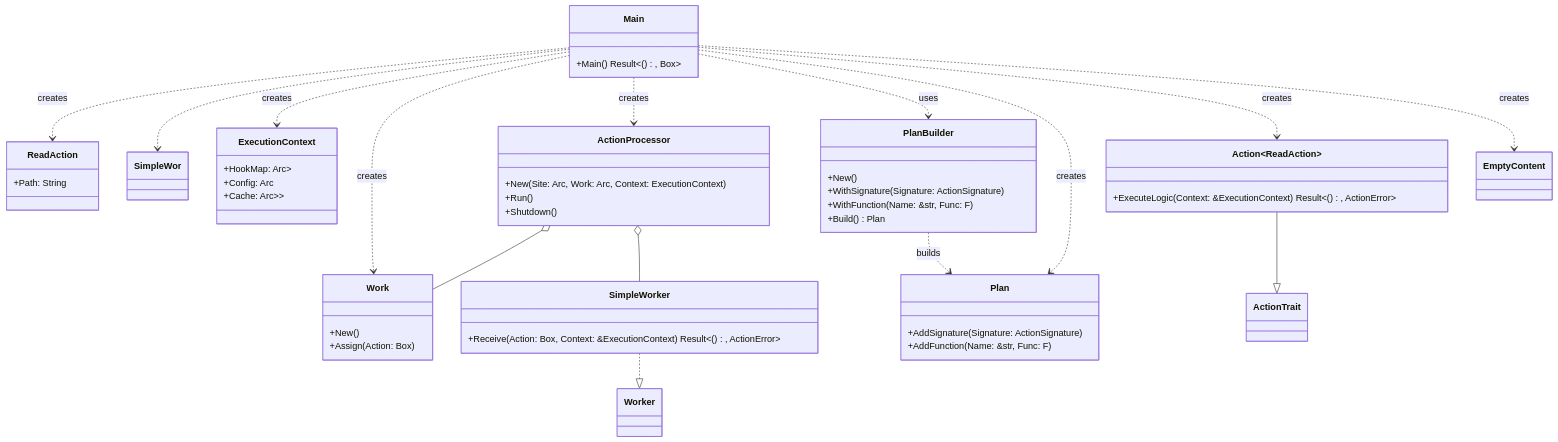
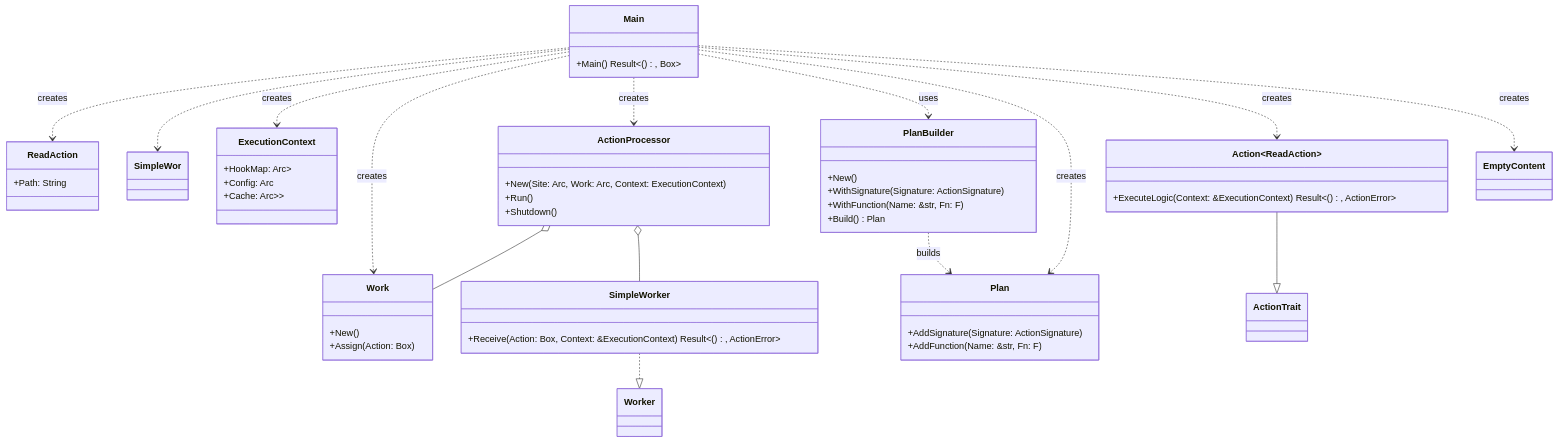
One commit to CodeEditorLand/Echo changed the third of 4 diagrams in README.md. Above: the diagram before and after it, drawn with Mermaid. The commit also changed other lines of this file and 1 other file, not shown here.

````diff
--- a/README.md
+++ b/README.md
@@ -189,64 +189,64 @@
 ```mermaid
 classDiagram
     class ReadAction {
         +Path: String
     }
 
     class Action~ReadAction~ {
         +ExecuteLogic(Context: &ExecutionContext) Result<(), ActionError>
     }
 
     class SimpleWorker {
         +Receive(Action: Box<dyn ActionTrait>, Context: &ExecutionContext) Result<(), ActionError>
     }
 
     class EmptyContent
 
     class Main {
         +Main() Result<(), Box<dyn std::error::Error>>
     }
 
     class ExecutionContext {
         +HookMap: Arc<DashMap<String, Hook>>
         +Config: Arc<Config>
         +Cache: Arc<Mutex<DashMap<String, serde_json::Value>>>
     }
 
     class Work {
         +New()
         +Assign(Action: Box<dyn ActionTrait>)
     }
 
     class ActionProcessor {
         +New(Site: Arc<dyn Worker>, Work: Arc<Work>, Context: ExecutionContext)
         +Run()
         +Shutdown()
     }
 
     class PlanBuilder {
         +New()
         +WithSignature(Signature: ActionSignature)
-        +WithFunction(Name: &str, Func: F)
+        +WithFunction(Name: &str, Fn: F)
         +Build() Plan
     }
 
     class Plan {
         +AddSignature(Signature: ActionSignature)
-        +AddFunction(Name: &str, Func: F)
+        +AddFunction(Name: &str, Fn: F)
     }
 
     Action~ReadAction~ --|> ActionTrait
     SimpleWorker ..|> Worker
     Main ..> ReadAction : creates
     Main ..> SimpleWor
     Main ..> ExecutionContext : creates
     Main ..> Work : creates
     Main ..> ActionProcessor : creates
     Main ..> PlanBuilder : uses
     Main ..> Plan : creates
     Main ..> Action~ReadAction~ : creates
     Main ..> EmptyContent : creates
     PlanBuilder ..> Plan : builds
     ActionProcessor o-- Work
     ActionProcessor o-- SimpleWorker
 ```
````
